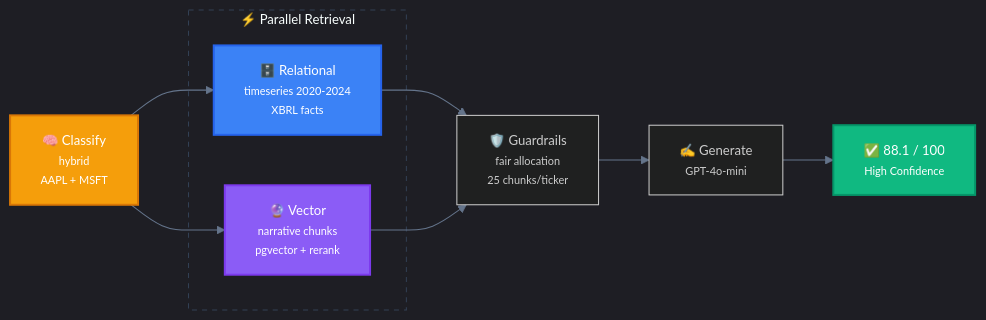
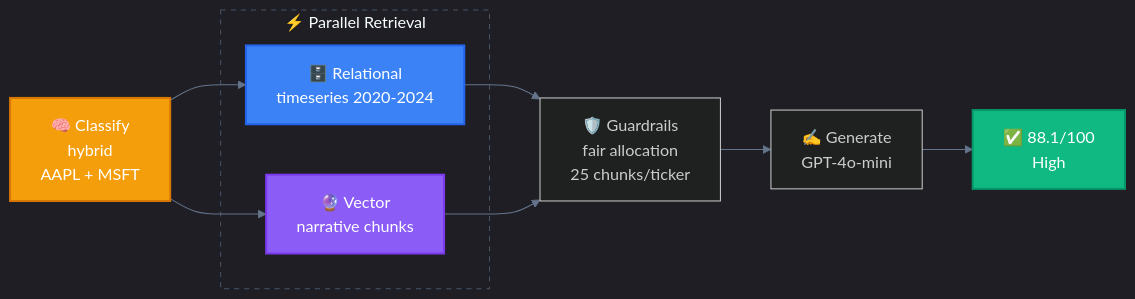
One commit to bhattaraisubal-eng/sec-intelligence-system changed the third of 3 diagrams in docs/retrieval-routes.md. Above: the diagram before and after it, drawn with Mermaid. The commit also changed other lines of this file and 3 other files, not shown here.

First line of the commit message:
Fix Mermaid diagram text cutoff - remove unsupported HTML tags

````diff
--- a/docs/retrieval-routes.md
+++ b/docs/retrieval-routes.md
@@ -216,33 +216,33 @@
 ```mermaid
-%%{init: {'theme': 'dark', 'themeVariables': {'primaryColor': '#1e293b', 'primaryBorderColor': '#475569', 'lineColor': '#64748b', 'fontFamily': 'ui-monospace, monospace', 'fontSize': '13px'}}}%%
+%%{init: {'theme': 'dark', 'themeVariables': {'primaryColor': '#1e293b', 'primaryBorderColor': '#475569', 'lineColor': '#64748b'}}}%%
 graph LR
-    A["🧠 Classify<br/><small>hybrid</small><br/><small>AAPL + MSFT</small>"]
+    A["🧠 Classify<br/>hybrid<br/>AAPL + MSFT"]
 
-    subgraph parallel ["⚡ Parallel Retrieval"]
-        B["🗄️ Relational<br/><small>timeseries 2020-2024</small><br/><small>XBRL facts</small>"]
-        C["🔮 Vector<br/><small>narrative chunks</small><br/><small>pgvector + rerank</small>"]
+    subgraph parallel [" ⚡ Parallel Retrieval "]
+        B["🗄️ Relational<br/>timeseries 2020-2024"]
+        C["🔮 Vector<br/>narrative chunks"]
     end
 
     A --> B
     A --> C
 
-    D["🛡️ Guardrails<br/><small>fair allocation</small><br/><small>25 chunks/ticker</small>"]
-    E["✍️ Generate<br/><small>GPT-4o-mini</small>"]
-    F["✅ 88.1 / 100<br/><small>High Confidence</small>"]
+    D["🛡️ Guardrails<br/>fair allocation<br/>25 chunks/ticker"]
+    E["✍️ Generate<br/>GPT-4o-mini"]
+    F["✅ 88.1/100<br/>High"]
 
     B --> D
     C --> D
     D --> E --> F
 
     classDef classify fill:#f59e0b,stroke:#d97706,color:#fff,stroke-width:2px
     classDef relational fill:#3b82f6,stroke:#2563eb,color:#fff,stroke-width:2px
     classDef vector fill:#8b5cf6,stroke:#7c3aed,color:#fff,stroke-width:2px
     classDef output fill:#10b981,stroke:#059669,color:#fff,stroke-width:2px
 
     class A classify
     class B relational
     class C vector
     class F output
 
-    style parallel fill:transparent,stroke:#334155,stroke-width:1px,stroke-dasharray:5 5
+    style parallel fill:transparent,stroke:#475569,stroke-width:1px,stroke-dasharray:5 5
 ```
````
